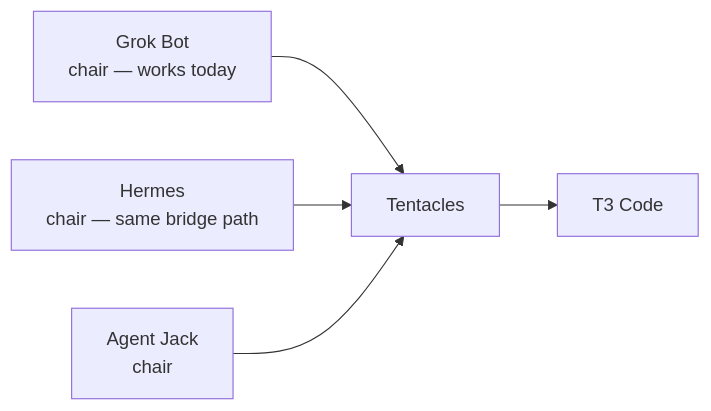
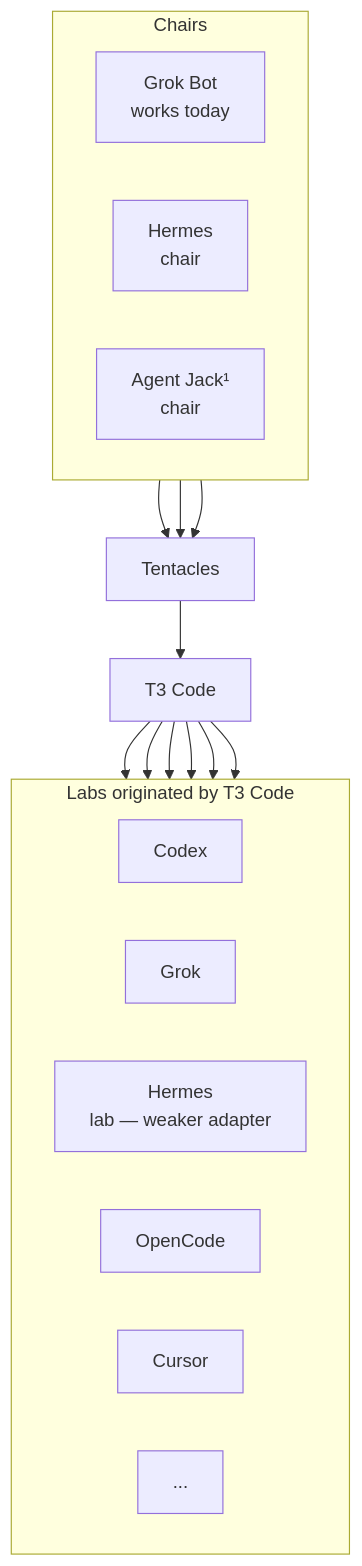
One commit to m-check1B/t3-code-tentacles changed the diagram in README.md. Above: the diagram before and after it, drawn with Mermaid. The commit also changed other lines of this file and 4 other files, not shown here.

Commit message:
docs: consolidate usage into one vertical diagram

````diff
--- a/README.md
+++ b/README.md
@@ -38,7 +37,31 @@
 ```mermaid
-flowchart LR
-    GrokBot["Grok Bot<br/>chair — works today"] --> Tentacles
-    HermesChair["Hermes<br/>chair — same bridge path"] --> Tentacles
-    Jack["Agent Jack<br/>chair"] --> Tentacles
+flowchart TB
+    subgraph Chairs["Chairs"]
+        direction LR
+        GrokBot["Grok Bot<br/>works today"]
+        HermesChair["Hermes<br/>chair"]
+        Jack["Agent Jack¹<br/>chair"]
+    end
+
+    GrokBot --> Tentacles
+    HermesChair --> Tentacles
+    Jack --> Tentacles
     Tentacles --> T3["T3 Code"]
+
+    subgraph Labs["Labs originated by T3 Code"]
+        direction LR
+        Codex
+        Grok
+        HermesLab["Hermes<br/>lab — weaker adapter"]
+        OpenCode
+        Cursor
+        More["..."]
+    end
+
+    T3 --> Codex
+    T3 --> Grok
+    T3 --> HermesLab
+    T3 --> OpenCode
+    T3 --> Cursor
+    T3 --> More
 ```
````
